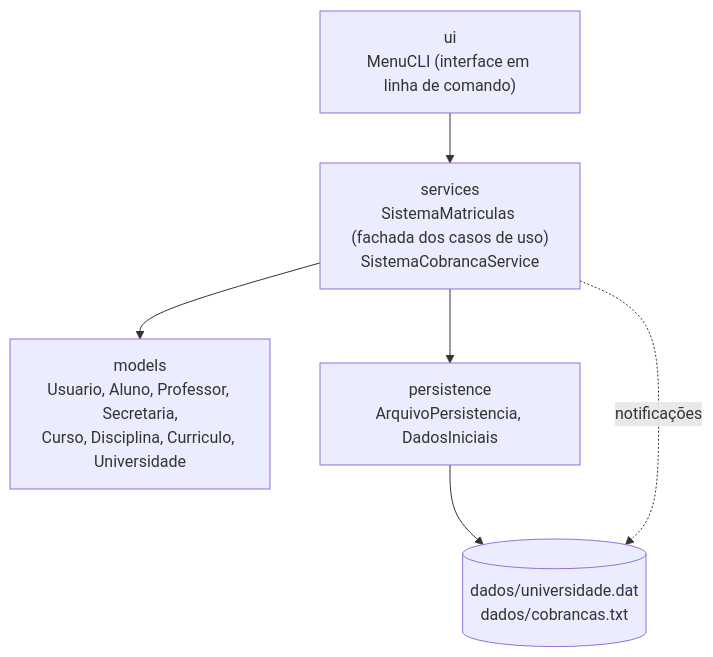
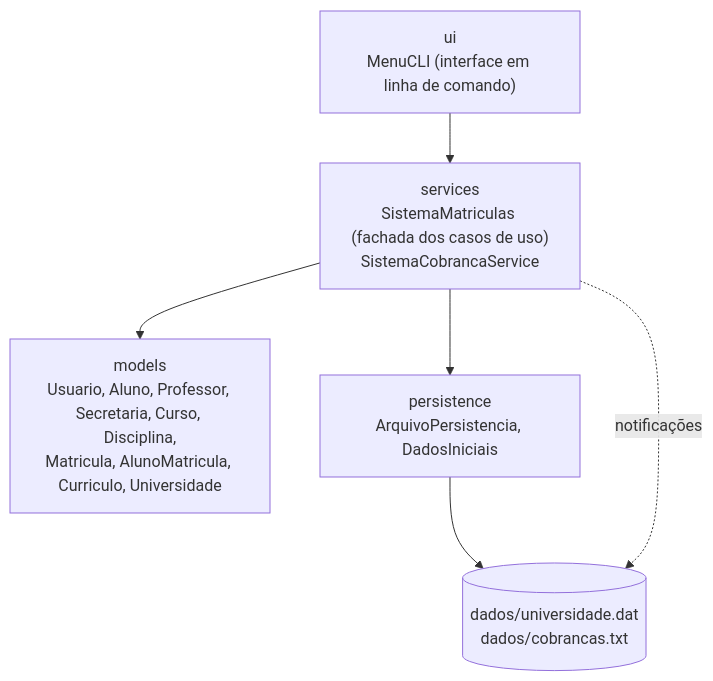
The second of 2 diagrams in README.md (LucasTameirao/Matricula-de-faculdade), drawn with Mermaid before and after one commit. The commit also changed other lines of this file and 10 other files, not shown here.

First line of the commit message:
Implementa Matricula e AlunoMatricula conforme o diagrama corrigido

````diff
--- a/README.md
+++ b/README.md
@@ -292,14 +341,14 @@
 ```mermaid
 flowchart TD
     UI["ui<br/>MenuCLI (interface em linha de comando)"]
     SRV["services<br/>SistemaMatriculas (fachada dos casos de uso)<br/>SistemaCobrancaService"]
-    MOD["models<br/>Usuario, Aluno, Professor, Secretaria,<br/>Curso, Disciplina, Curriculo, Universidade"]
+    MOD["models<br/>Usuario, Aluno, Professor, Secretaria, Curso, Disciplina,<br/>Matricula, AlunoMatricula, Curriculo, Universidade"]
     PER["persistence<br/>ArquivoPersistencia, DadosIniciais"]
     ARQ[("dados/universidade.dat<br/>dados/cobrancas.txt")]
 
     UI --> SRV
     SRV --> MOD
     SRV --> PER
     PER --> ARQ
     SRV -. notificações .-> ARQ
 ```
````
